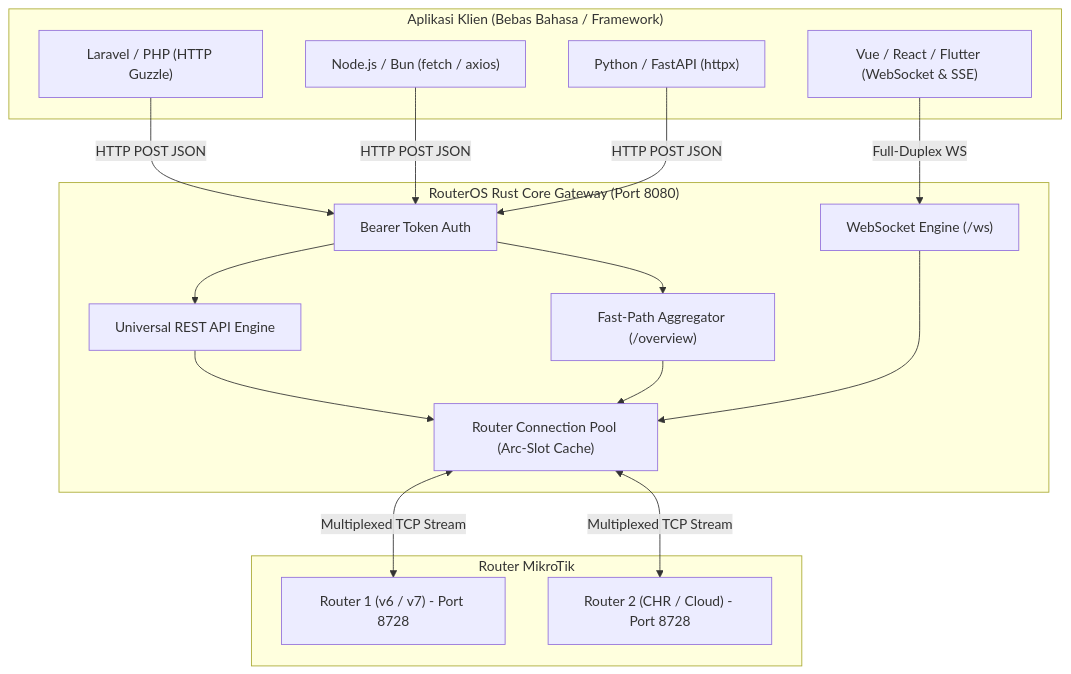
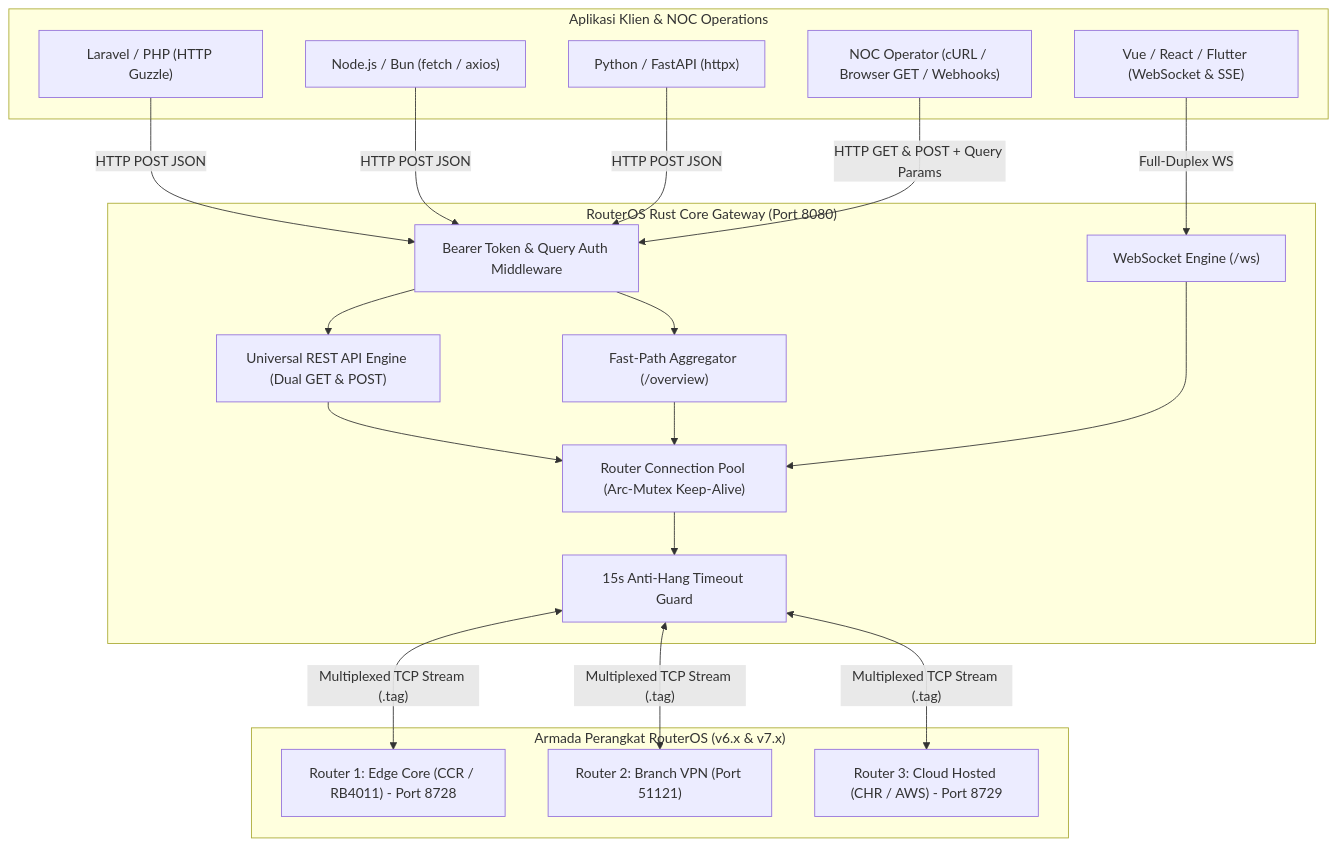
The second of 3 diagrams in docs/01-arsitektur-dan-alur.md (salman-mustapa/mikrotik-service), drawn with Mermaid before and after one commit. The commit also changed other lines of this file and 5 other files, not shown here.

Commit message:
docs: refine architecture SVG layout, update README and outline docs with enterprise NOC engineering depth

````diff
--- a/docs/01-arsitektur-dan-alur.md
+++ b/docs/01-arsitektur-dan-alur.md
@@ -44,36 +45,42 @@
 ```mermaid
 graph TB
-    subgraph Clients ["Aplikasi Klien (Bebas Bahasa / Framework)"]
+    subgraph Clients ["Aplikasi Klien & NOC Operations"]
         LV["Laravel / PHP (HTTP Guzzle)"]
         ND["Node.js / Bun (fetch / axios)"]
         PY["Python / FastAPI (httpx)"]
         VU["Vue / React / Flutter (WebSocket & SSE)"]
+        NOC["NOC Operator (cURL / Browser GET / Webhooks)"]
     end
 
     subgraph RustGateway ["RouterOS Rust Core Gateway (Port 8080)"]
-        AUTH["Bearer Token Auth"]
+        AUTH["Bearer Token & Query Auth Middleware"]
         WS_HANDLER["WebSocket Engine (/ws)"]
         OVERVIEW_HANDLER["Fast-Path Aggregator (/overview)"]
-        ROUTER_SLOT["Router Connection Pool (Arc-Slot Cache)"]
-        HTTP_HANDLER["Universal REST API Engine"]
+        ROUTER_SLOT["Router Connection Pool (Arc-Mutex Keep-Alive)"]
+        HTTP_HANDLER["Universal REST API Engine (Dual GET & POST)"]
+        GUARD["15s Anti-Hang Timeout Guard"]
     end
 
-    subgraph MikrotikEnv ["Router MikroTik"]
-        MT1["Router 1 (v6 / v7) - Port 8728"]
-        MT2["Router 2 (CHR / Cloud) - Port 8728"]
+    subgraph MikrotikEnv ["Armada Perangkat RouterOS (v6.x & v7.x)"]
+        MT1["Router 1: Edge Core (CCR / RB4011) - Port 8728"]
+        MT2["Router 2: Branch VPN (Port 51121)"]
+        MT3["Router 3: Cloud Hosted (CHR / AWS) - Port 8729"]
     end
 
     LV -->|"HTTP POST JSON"| AUTH
     ND -->|"HTTP POST JSON"| AUTH
     PY -->|"HTTP POST JSON"| AUTH
     VU -->|"Full-Duplex WS"| WS_HANDLER
+    NOC -->|"HTTP GET & POST + Query Params"| AUTH
 
     AUTH --> HTTP_HANDLER
     AUTH --> OVERVIEW_HANDLER
     HTTP_HANDLER --> ROUTER_SLOT
     OVERVIEW_HANDLER --> ROUTER_SLOT
     WS_HANDLER --> ROUTER_SLOT
+    ROUTER_SLOT --> GUARD
 
-    ROUTER_SLOT <-->|"Multiplexed TCP Stream"| MT1
-    ROUTER_SLOT <-->|"Multiplexed TCP Stream"| MT2
+    GUARD <-->|"Multiplexed TCP Stream (.tag)"| MT1
+    GUARD <-->|"Multiplexed TCP Stream (.tag)"| MT2
+    GUARD <-->|"Multiplexed TCP Stream (.tag)"| MT3
 ```
````
